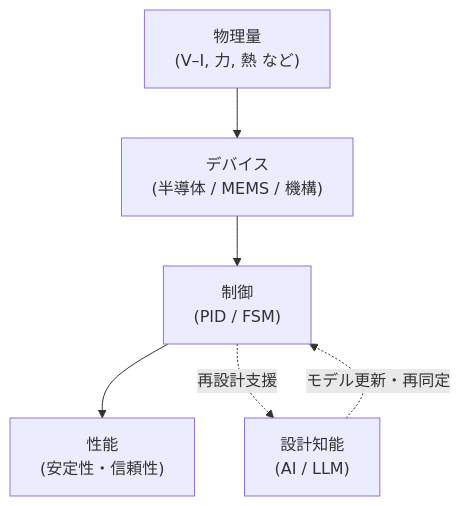
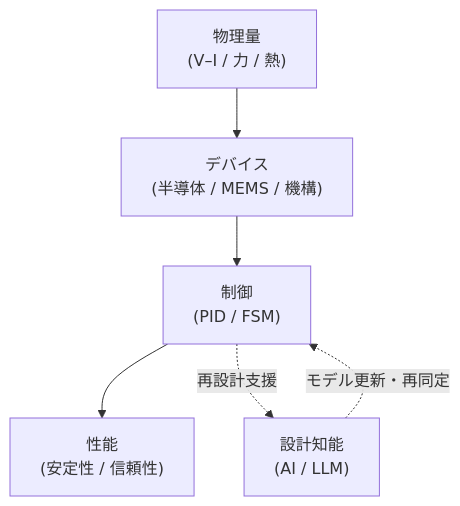
The diagram in index.md (Samizo-AITL/Samizo-AITL.github.io), drawn with Mermaid before and after one commit. The commit also changed other lines of this file, not shown here.

````diff
--- a/index.md
+++ b/index.md
@@ -26,14 +43,14 @@
 ```mermaid
 flowchart TD
-    P["物理量<br>(V–I, 力, 熱 など)"]
+    P["物理量<br>(V–I / 力 / 熱)"]
     D["デバイス<br>(半導体 / MEMS / 機構)"]
     C["制御<br>(PID / FSM)"]
     A["設計知能<br>(AI / LLM)"]
-    S["性能<br>(安定性・信頼性)"]
+    S["性能<br>(安定性 / 信頼性)"]
 
     P --> D
     D --> C
     C --> S
     C -. 再設計支援 .-> A
     A -. モデル更新・再同定 .-> C
 ```
````
